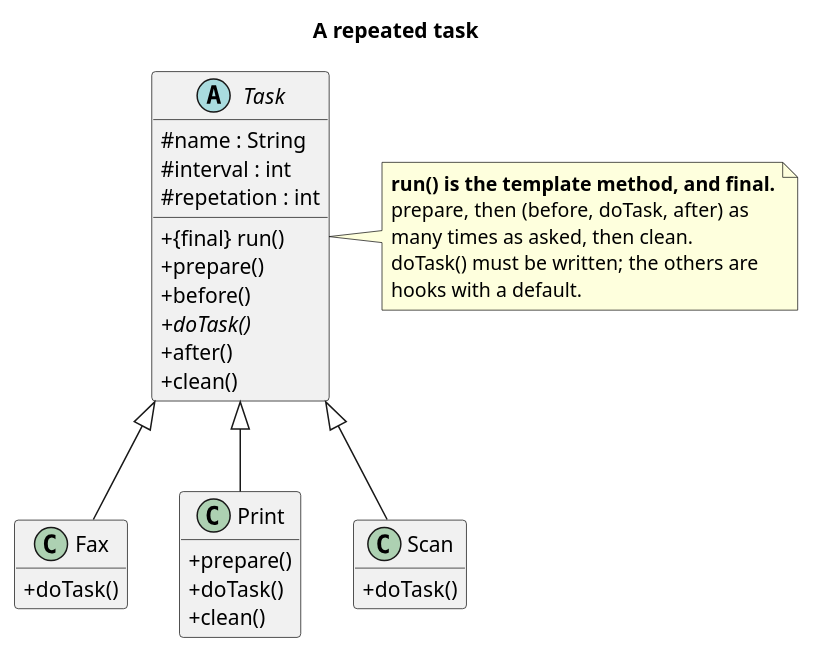
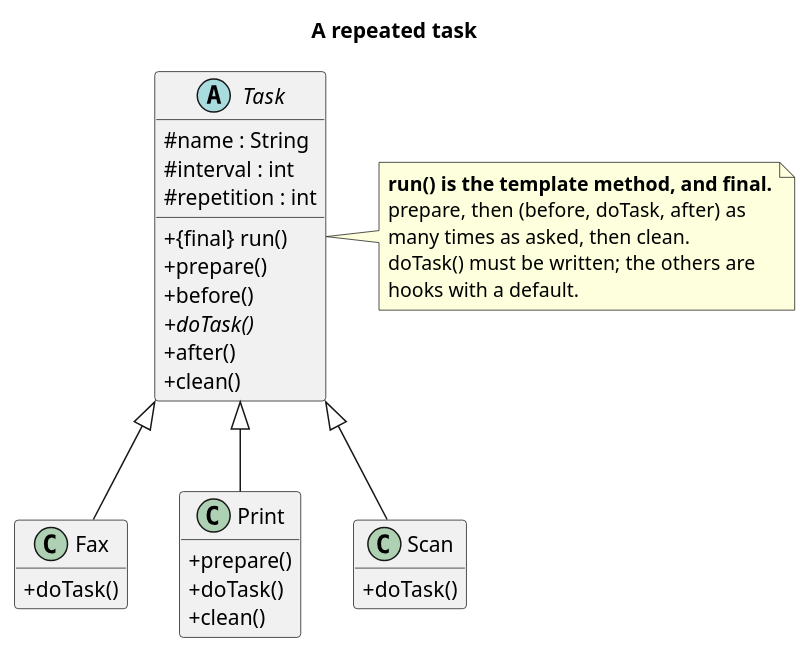
Before and after one commit to kaldiroglu/DesignPatternsWithJava: the diagram in src/main/java/dev/kaldiroglu/dp/behavioral/templateMethod/task/uml/Template Method - Task - Class Diagram.puml, drawn with PlantUML. The commit also changed 7 other files, not shown here.

```diff
--- a/src/main/java/dev/kaldiroglu/dp/behavioral/templateMethod/task/uml/Template Method - Task - Class Diagram.puml
+++ b/src/main/java/dev/kaldiroglu/dp/behavioral/templateMethod/task/uml/Template Method - Task - Class Diagram.puml
@@ -1,40 +1,40 @@
 @startuml "Template Method - Task - Class Diagram"
 skinparam classAttributeIconSize 0
 hide empty members
 title A repeated task
 
 abstract class Task {
   # name : String
   # interval : int
-  # repetation : int
+  # repetition : int
   + {final} run()
   + prepare()
   + before()
   + {abstract} doTask()
   + after()
   + clean()
 }
 class Fax {
   + doTask()
 }
 class Print {
   + prepare()
   + doTask()
   + clean()
 }
 class Scan {
   + doTask()
 }
 
 Task <|-- Fax
 Task <|-- Print
 Task <|-- Scan
 
 note right of Task
   <b>run() is the template method, and final.</b>
   prepare, then (before, doTask, after) as
   many times as asked, then clean.
   doTask() must be written; the others are
   hooks with a default.
 end note
 @enduml
```
